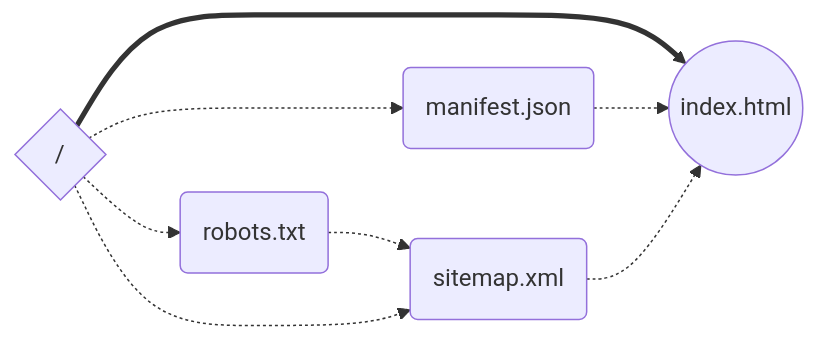
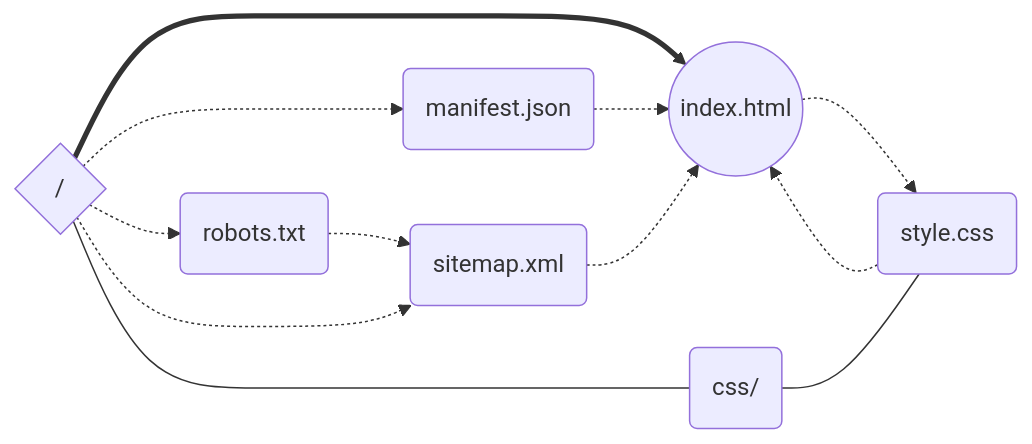
Before and after one commit to tropintropin/tropin: the second of 2 diagrams in README.md, drawn with Mermaid. The commit also changed other lines of this file, not shown here.

````diff
--- a/README.md
+++ b/README.md
@@ -39,12 +41,17 @@
 ```mermaid
 graph LR
 	id00{/}
 	id0((index.html))
 		id00 ==> id0
+		id0 -.-> id5 -.-> id0
 	id1(manifest.json)
 		id00 -.-> id1 -.-> id0
 	id2(robots.txt)
 		id00 -.-> id2 -.-> id3
 	id3(sitemap.xml)
 		id00 -.-> id3 -.-> id0
+	id4(css/)
+		id00 --- id4
+		id5(style.css)
+		id4 --- id5
 ```
````
